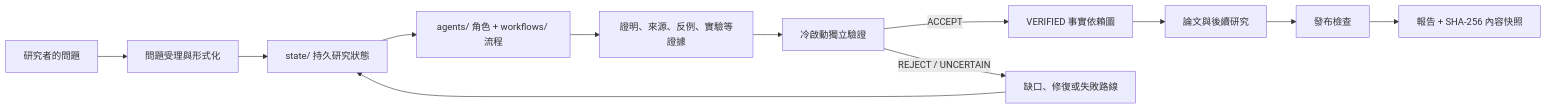
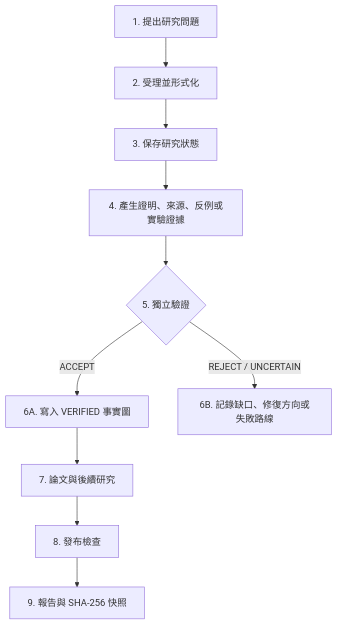
One commit to f0909172434/proofweave-math-lab changed the diagram in README.md. Above: the diagram before and after it, drawn with Mermaid. The commit also changed other lines of this file and 3 other files, not shown here.

Commit message:
Improve README diagram readability

````diff
--- a/README.md
+++ b/README.md
@@ -173,14 +173,12 @@
 ```mermaid
-flowchart LR
-    U["研究者的問題"] --> I["問題受理與形式化"]
-    I --> S["state/ 持久研究狀態"]
-    S --> W["agents/ 角色 + workflows/ 流程"]
-    W --> E["證明、來源、反例、實驗等證據"]
-    E --> V["冷啟動獨立驗證"]
-    V -->|"ACCEPT"| G["VERIFIED 事實依賴圖"]
-    V -->|"REJECT / UNCERTAIN"| O["缺口、修復或失敗路線"]
-    G --> P["論文與後續研究"]
-    O --> S
-    P --> R["發布檢查"]
-    R --> M["報告 + SHA-256 內容快照"]
+flowchart TB
+    A["1. 提出研究問題"] --> B["2. 受理並形式化"]
+    B --> C["3. 保存研究狀態"]
+    C --> D["4. 產生證明、來源、反例或實驗證據"]
+    D --> E{"5. 獨立驗證"}
+    E -->|"ACCEPT"| F["6A. 寫入 VERIFIED 事實圖"]
+    E -->|"REJECT / UNCERTAIN"| G["6B. 記錄缺口、修復方向或失敗路線"]
+    F --> H["7. 論文與後續研究"]
+    H --> I["8. 發布檢查"]
+    I --> J["9. 報告與 SHA-256 快照"]
 ```
````
